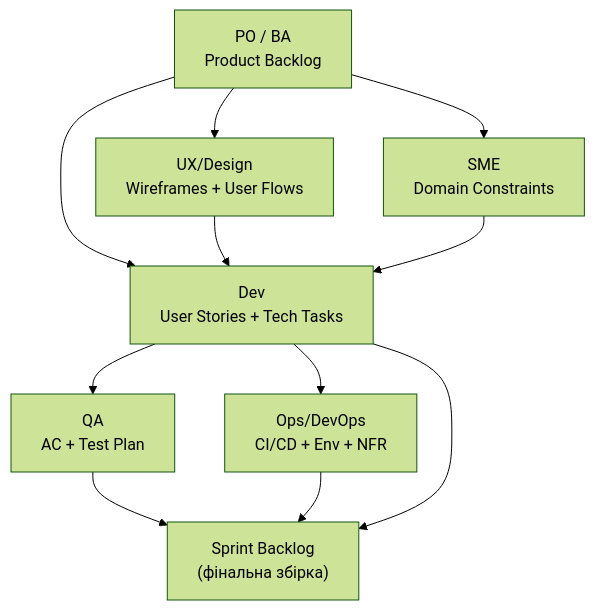
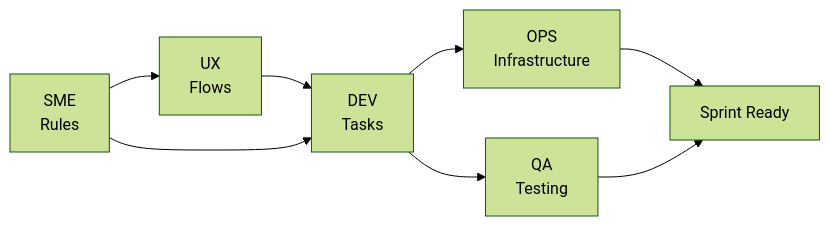
One commit to vplanto/java changed the diagram in docs/02_semester/workshop/plan.md. Above: the diagram before and after it, drawn with Mermaid (forest theme). The commit also changed other lines of this file and 3 other files, not shown here.

````diff
--- a/docs/02_semester/workshop/plan.md
+++ b/docs/02_semester/workshop/plan.md
@@ -31,13 +73,10 @@
 ```mermaid
-graph TD
-    PO["PO / BA<br/>Product Backlog"] --> DEV["Dev<br/>User Stories + Tech Tasks"]
-    PO --> SME["SME<br/>Domain Constraints"]
-    PO --> UX["UX/Design<br/>Wireframes + User Flows"]
-    UX --> DEV
+graph LR
+    SME["SME<br/>Rules"] --> UX["UX<br/>Flows"]
+    UX --> DEV["DEV<br/>Tasks"]
     SME --> DEV
-    DEV --> QA["QA<br/>AC + Test Plan"]
-    DEV --> OPS["Ops/DevOps<br/>CI/CD + Env + NFR"]
-    QA --> SPRINT["Sprint Backlog<br/>(фінальна збірка)"]
-    OPS --> SPRINT
-    DEV --> SPRINT
+    DEV --> OPS["OPS<br/>Infrastructure"]
+    DEV --> QA["QA<br/>Testing"]
+    OPS --> DONE["Sprint Ready"]
+    QA --> DONE
 ```
````
